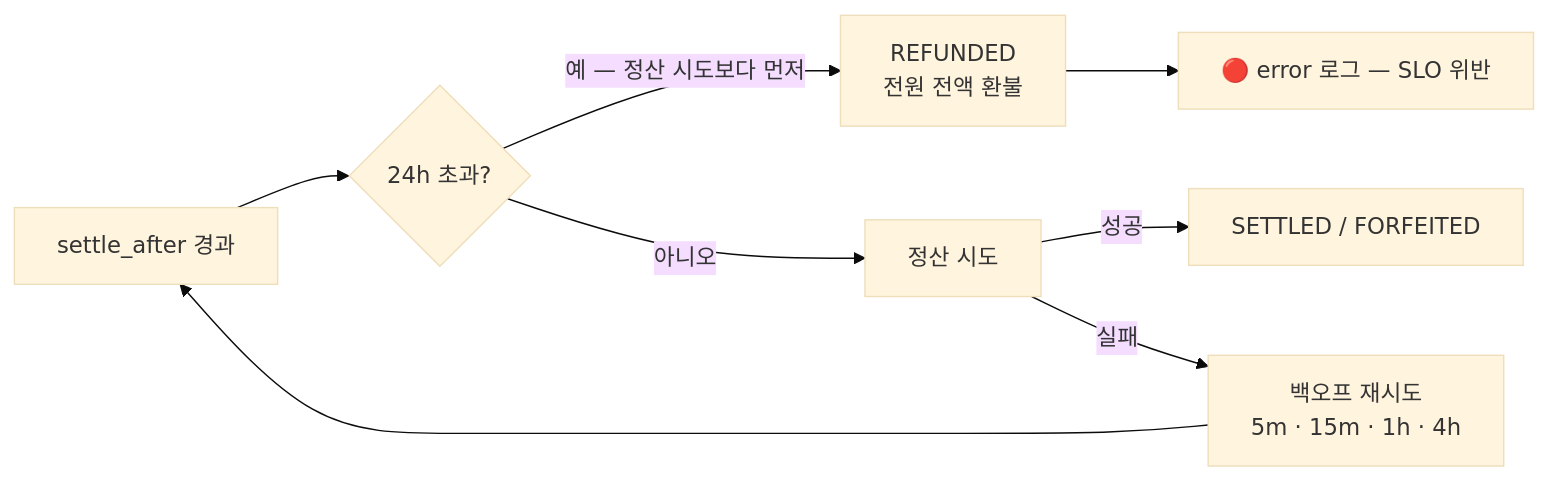
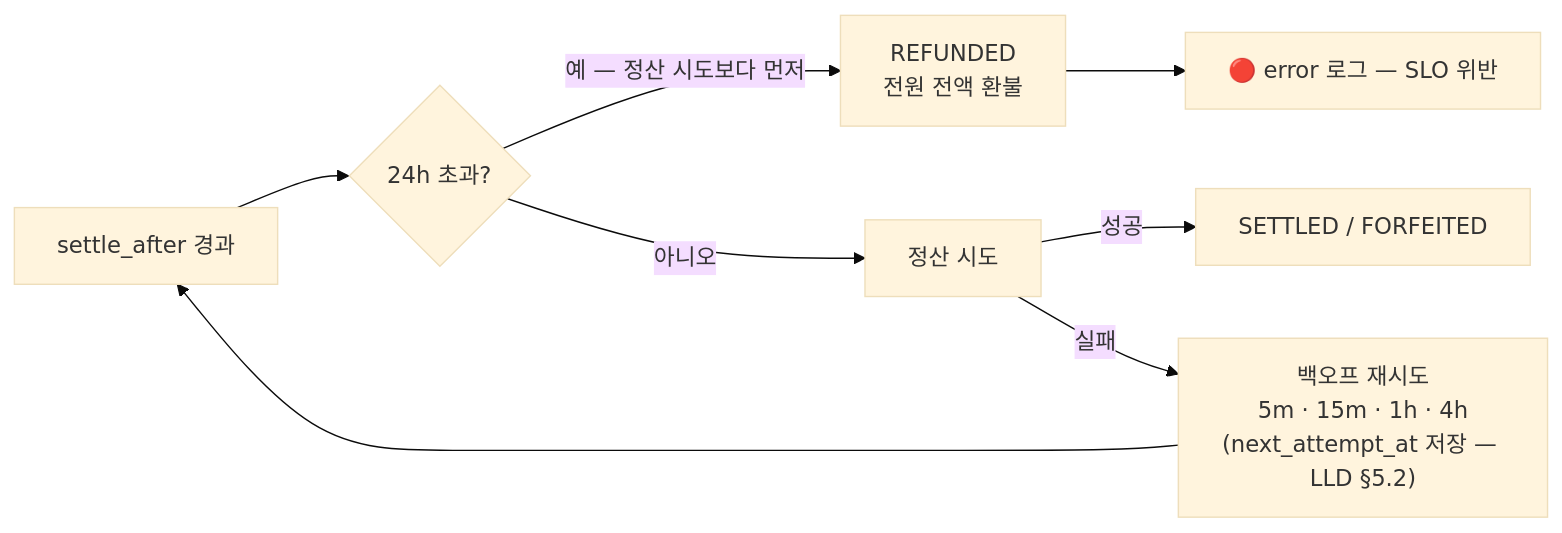
One commit to OneOrThree/phone changed diagram 13 of 13 in docs/prd/challenge/high-level-design.md. Above: the diagram before and after it, drawn with Mermaid (base theme). The commit also changed other lines of this file and 5 other files, not shown here.

````diff
--- a/docs/prd/challenge/high-level-design.md
+++ b/docs/prd/challenge/high-level-design.md
@@ -622,10 +635,10 @@
 ```mermaid
 flowchart LR
     A["settle_after 경과"] --> G{"24h 초과?"}
     G -->|"예 — 정산 시도보다 먼저"| E["REFUNDED<br/>전원 전액 환불"]
     G -->|아니오| B["정산 시도"]
     B -->|성공| C["SETTLED / FORFEITED"]
-    B -->|실패| D["백오프 재시도<br/>5m · 15m · 1h · 4h"]
+    B -->|실패| D["백오프 재시도<br/>5m · 15m · 1h · 4h<br/>(next_attempt_at 저장 — LLD §5.2)"]
     D --> A
     E --> F["🔴 error 로그 — SLO 위반"]
 ```
````
